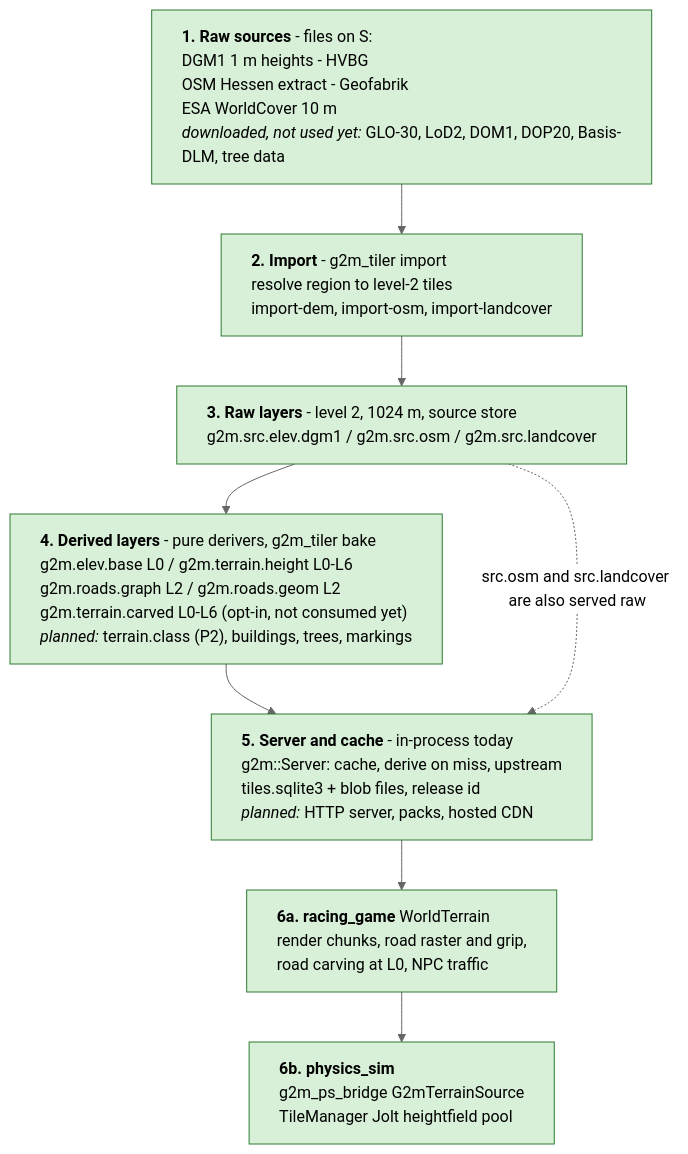
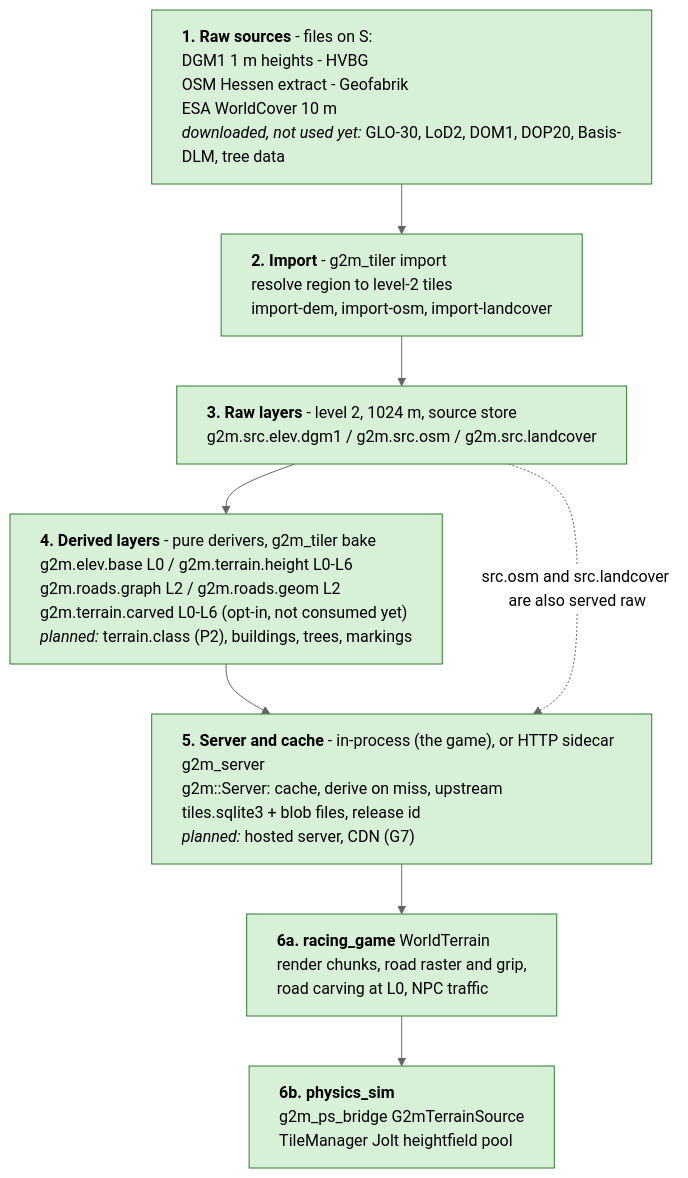
The first of 4 diagrams in docs/pipeline/README.md (SebastianDanielFrenz/geo2map_engine), drawn with Mermaid (neutral theme) before and after one commit. The commit also changed other lines of this file and 29 other files, not shown here.

````diff
--- a/docs/pipeline/README.md
+++ b/docs/pipeline/README.md
@@ -30,16 +30,16 @@
 ```mermaid
 %%{init: {"flowchart": {"wrappingWidth": 440, "useMaxWidth": false}}}%%
 flowchart TB
   SRC["<b>1. Raw sources</b> - files on S:<br/>DGM1 1 m heights - HVBG<br/>OSM Hessen extract - Geofabrik<br/>ESA WorldCover 10 m<br/><i>downloaded, not used yet:</i> GLO-30, LoD2, DOM1, DOP20, Basis-DLM, tree data"]
   IMP["<b>2. Import</b> - g2m_tiler import<br/>resolve region to level-2 tiles<br/>import-dem, import-osm, import-landcover"]
   RAW["<b>3. Raw layers</b> - level 2, 1024 m, source store<br/>g2m.src.elev.dgm1 / g2m.src.osm / g2m.src.landcover"]
   BAKE["<b>4. Derived layers</b> - pure derivers, g2m_tiler bake<br/>g2m.elev.base L0 / g2m.terrain.height L0-L6<br/>g2m.roads.graph L2 / g2m.roads.geom L2<br/>g2m.terrain.carved L0-L6 (opt-in, not consumed yet)<br/><i>planned:</i> terrain.class (P2), buildings, trees, markings"]
-  SRV["<b>5. Server and cache</b> - in-process today<br/>g2m::Server: cache, derive on miss, upstream<br/>tiles.sqlite3 + blob files, release id<br/><i>planned:</i> HTTP server, packs, hosted CDN"]
+  SRV["<b>5. Server and cache</b> - in-process (the game), or HTTP sidecar g2m_server<br/>g2m::Server: cache, derive on miss, upstream<br/>tiles.sqlite3 + blob files, release id<br/><i>planned:</i> hosted server, CDN (G7)"]
   GAME["<b>6a. racing_game</b> WorldTerrain<br/>render chunks, road raster and grip,<br/>road carving at L0, NPC traffic"]
   PHYS["<b>6b. physics_sim</b><br/>g2m_ps_bridge G2mTerrainSource<br/>TileManager Jolt heightfield pool"]
   SRC --> IMP --> RAW --> BAKE --> SRV --> GAME --> PHYS
   RAW -. "src.osm and src.landcover are also served raw" .-> SRV
 
   classDef done fill:#d8f0d8,stroke:#2e7d32,color:#000,text-align:left;
   class SRC,IMP,RAW,BAKE,SRV,GAME,PHYS done;
 ```
````
